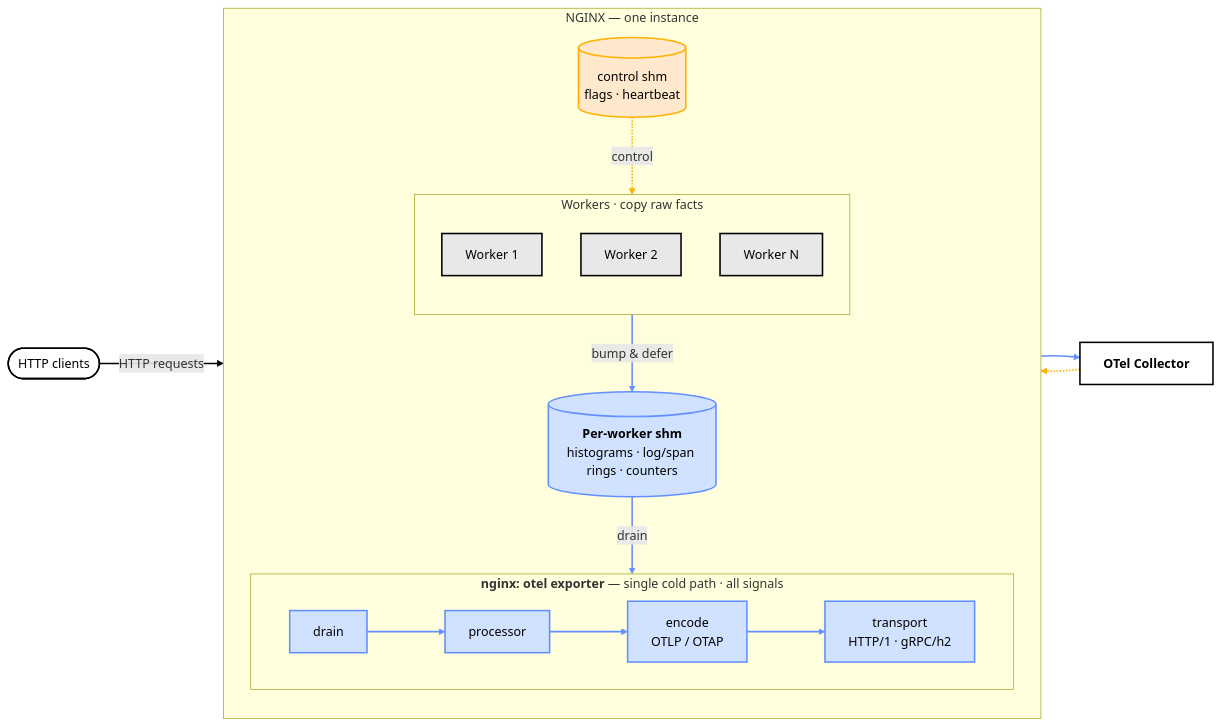
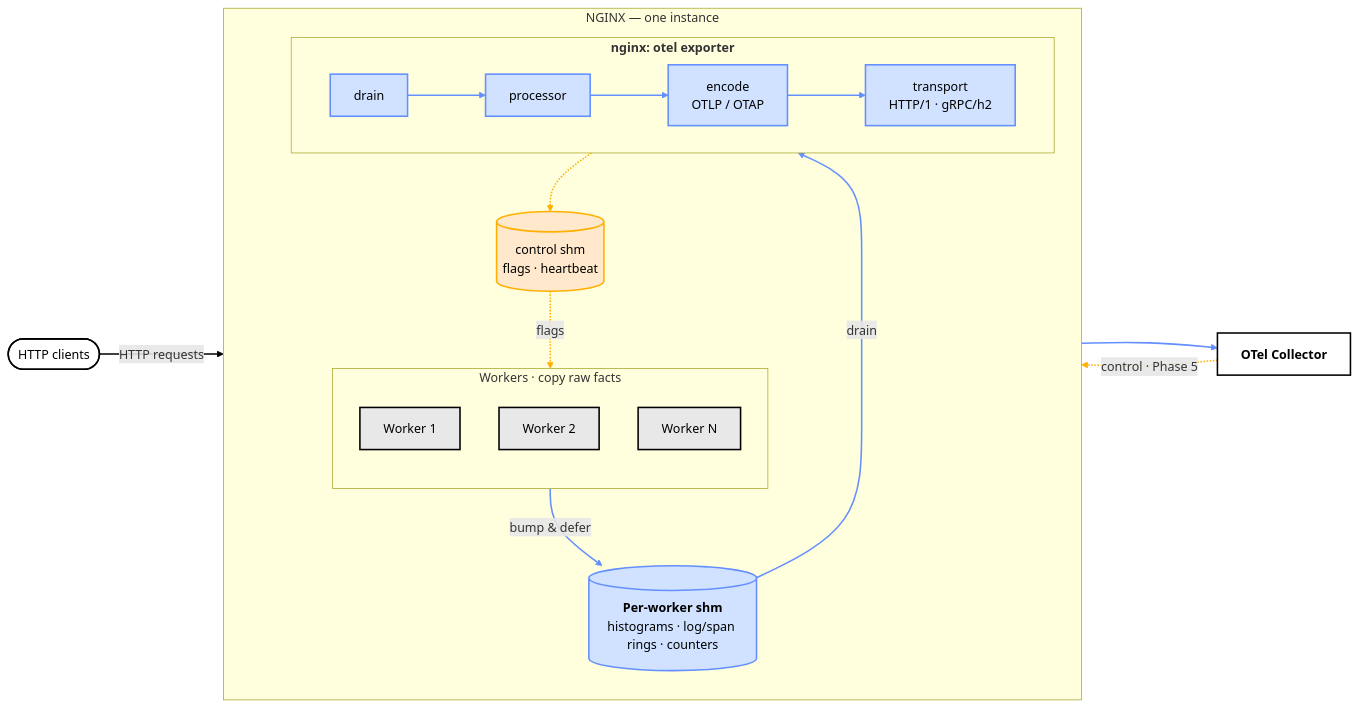
The diagram in README.md (CVanF5/ngx-otel-rust), drawn with Mermaid before and after one commit. The commit also changed other lines of this file, not shown here.

Commit message:
docs(readme): correct control-flow direction in architecture diagram
Control feedback now honestly flows Collector -> exporter (Tx, which owns the bidi gRPC connection) -> control shm -> workers (workers only do a Relaxed flags read on the hot path). Previously implied collector wrote control-shm directly / workers handled control messages. Also drop the long 'single cold path - all signals' from the exporter subgraph title (it overlapped the inner boxes); that message moves to the caption.

````diff
--- a/README.md
+++ b/README.md
@@ -70,38 +70,39 @@
 ```mermaid
 flowchart LR
     Client(["HTTP clients"]):::ext
 
     subgraph NGINX["NGINX — one instance"]
         direction TB
         subgraph Workers["Workers · copy raw facts"]
             direction TB
             W1["Worker 1"]:::data
             W2["Worker 2"]:::data
             W3["Worker N"]:::data
         end
         SHM[("<b>Per-worker shm</b><br/>histograms · log/span rings · counters")]:::tel
-        subgraph Exporter["<b>nginx: otel exporter</b> — single cold path · all signals"]
+        subgraph Exporter["<b>nginx: otel exporter</b>"]
             direction LR
             Drain["drain"]:::tel --> Proc["processor"]:::tel --> Encode["encode<br/>OTLP / OTAP"]:::tel --> Tx["transport<br/>HTTP/1 · gRPC/h2"]:::tel
         end
         Ctl[("control shm<br/>flags · heartbeat")]:::ctl
     end
 
     Coll["<b>OTel Collector</b>"]:::ext
 
     Client -->|"HTTP requests"| Workers
     Workers -->|"bump &amp; defer"| SHM
     SHM -->|"drain"| Drain
     Tx --> Coll
-    Ctl -.->|"control"| Workers
-    Coll -.-> Ctl
+    Coll -.->|"control · Phase 5"| Tx
+    Tx -.-> Ctl
+    Ctl -.->|"flags"| Workers
 
     classDef data fill:#e8e8e8,stroke:#000000,stroke-width:2px,color:#000000;
     classDef tel fill:#d0e2ff,stroke:#648FFF,stroke-width:2px,color:#000000;
     classDef ctl fill:#ffe8cc,stroke:#FFB000,stroke-width:2px,color:#000000;
     classDef ext fill:#ffffff,stroke:#000000,stroke-width:2px,color:#000000;
 
     linkStyle 0,1,2,4,5,6 stroke:#648FFF,stroke-width:2px;
     linkStyle 3 stroke:#000000,stroke-width:2px;
-    linkStyle 7,8 stroke:#FFB000,stroke-width:2px;
+    linkStyle 7,8,9 stroke:#FFB000,stroke-width:2px;
 ```
````
